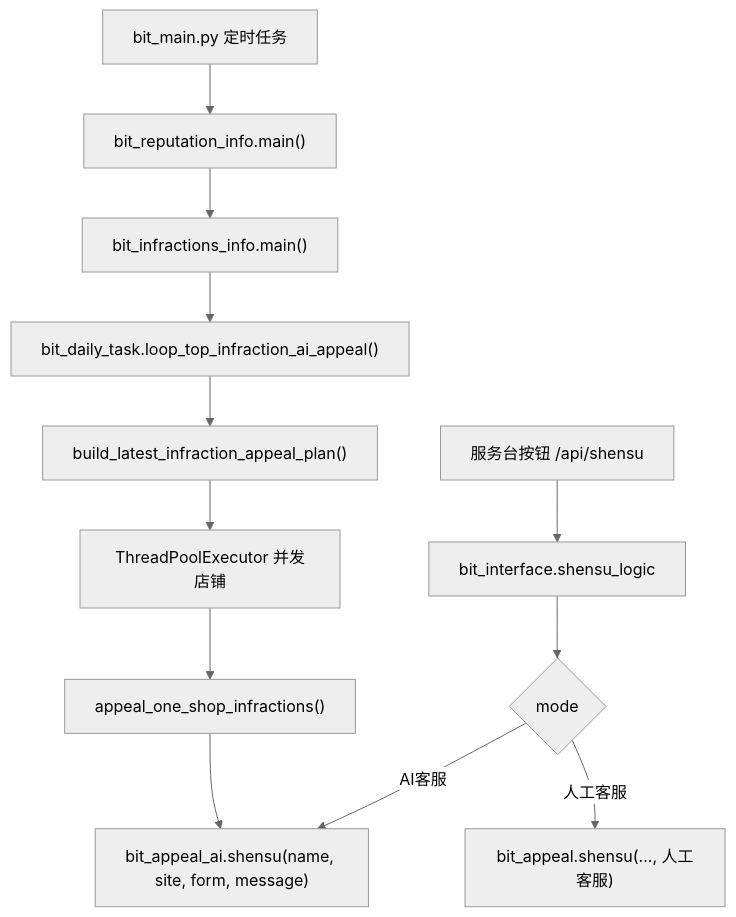
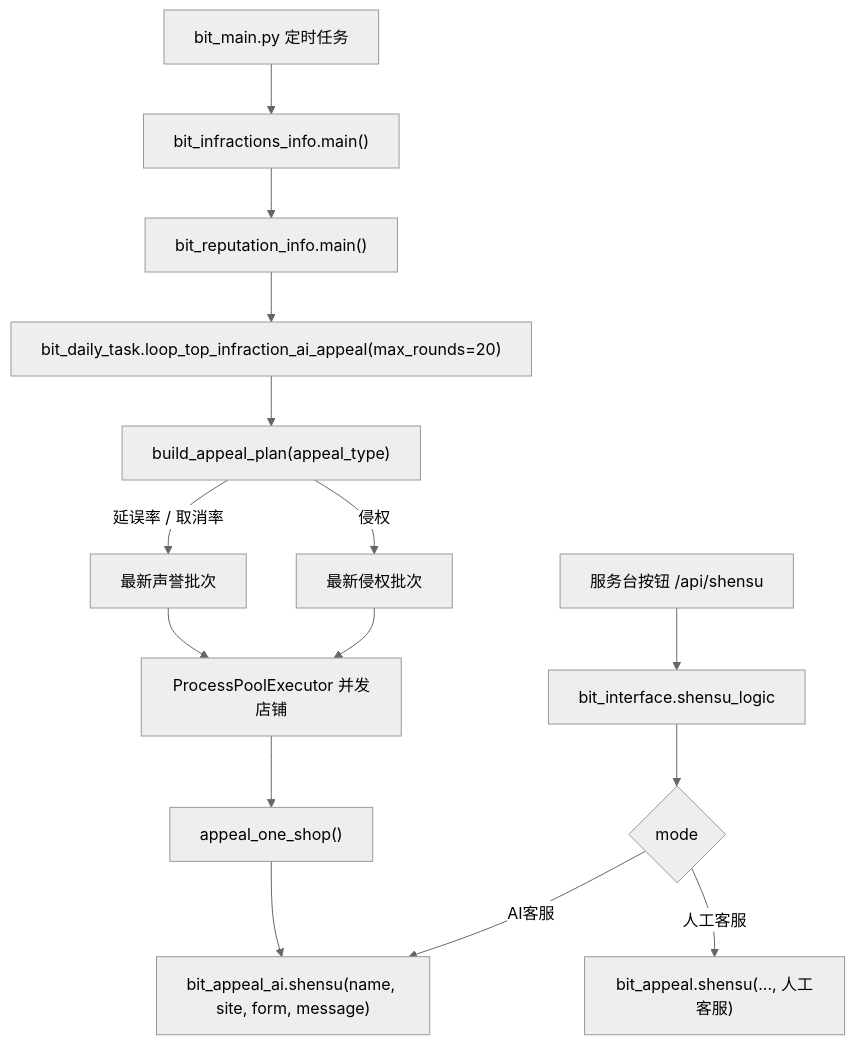
The second of 6 diagrams in docs/bit_bit_playwright_notes.md (Bruce-1208/mercado), drawn with Mermaid (neutral theme) before and after one commit. The commit also changed other lines of this file and 122 other files, not shown here.

````diff
--- a/docs/bit_bit_playwright_notes.md
+++ b/docs/bit_bit_playwright_notes.md
@@ -111,15 +111,18 @@
 ```mermaid
 flowchart TD
   A["服务台按钮 /api/shensu"] --> B["bit_interface.shensu_logic"]
   B --> C{"mode"}
   C -->|"AI客服"| D["bit_appeal_ai.shensu(name, site, form, message)"]
   C -->|"人工客服"| H["bit_appeal.shensu(..., 人工客服)"]
 
-  S["bit_main.py 定时任务"] --> S1["bit_reputation_info.main()"]
-  S1 --> S2["bit_infractions_info.main()"]
-  S2 --> S3["bit_daily_task.loop_top_infraction_ai_appeal()"]
-  S3 --> S4["build_latest_infraction_appeal_plan()"]
-  S4 --> S5["ThreadPoolExecutor 并发店铺"]
-  S5 --> S6["appeal_one_shop_infractions()"]
+  S["bit_main.py 定时任务"] --> S1["bit_infractions_info.main()"]
+  S1 --> S2["bit_reputation_info.main()"]
+  S2 --> S3["bit_daily_task.loop_top_infraction_ai_appeal(max_rounds=20)"]
+  S3 --> S4["build_appeal_plan(appeal_type)"]
+  S4 -->|"侵权"| S41["最新侵权批次"]
+  S4 -->|"延误率 / 取消率"| S42["最新声誉批次"]
+  S41 --> S5["ProcessPoolExecutor 并发店铺"]
+  S42 --> S5
+  S5 --> S6["appeal_one_shop()"]
   S6 --> D
 ```
````
